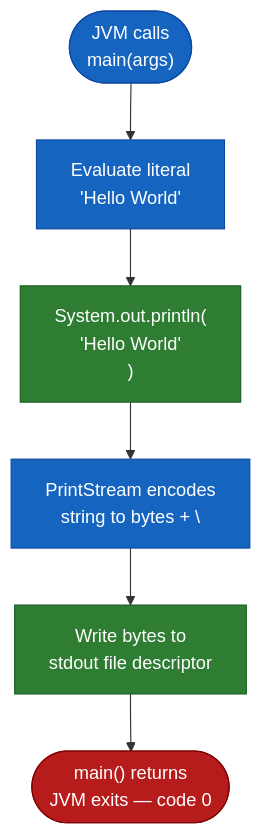
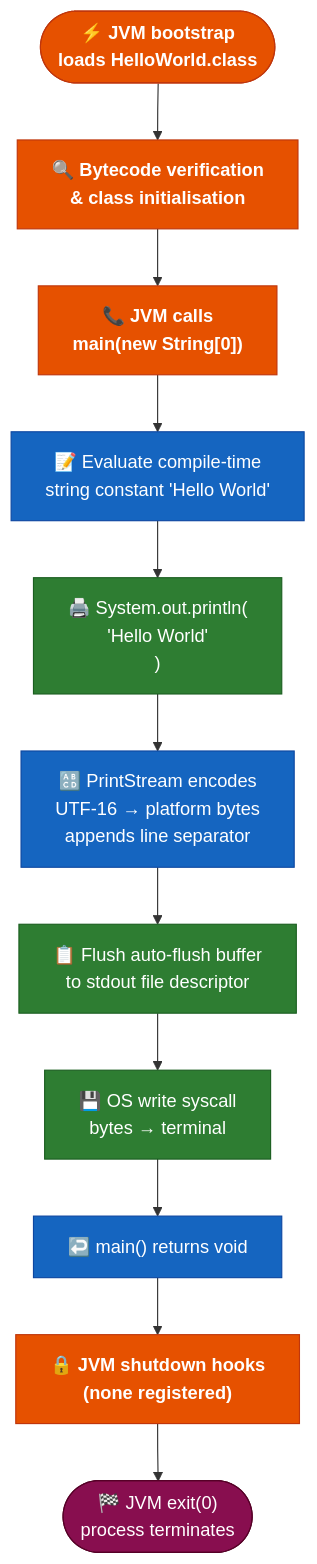
Before and after one commit to ktruchcz/copilot-test-ktruchcz: the seventh of 21 diagrams in arc42-documentation.md, drawn with Mermaid. The commit also changed other lines of this file, not shown here.

First line of the commit message:
Generate comprehensive arc42 architecture documentation

````diff
--- a/arc42-documentation.md
+++ b/arc42-documentation.md
@@ -254,15 +372,23 @@
 ```mermaid
 flowchart TD
+    classDef jvm fill:#E65100,stroke:#BF360C,color:#fff,font-weight:bold
     classDef step fill:#1565C0,stroke:#0D47A1,color:#fff
     classDef io fill:#2E7D32,stroke:#1B5E20,color:#fff
-    classDef end_ fill:#B71C1C,stroke:#7F0000,color:#fff
+    classDef term fill:#880E4F,stroke:#560027,color:#fff
 
-    A(["JVM calls\nmain(args)"]):::step
-    B["Evaluate literal\n'Hello World'"]:::step
-    C["System.out.println(\n  'Hello World'\n)"]:::io
-    D["PrintStream encodes\nstring to bytes + \\n"]:::step
-    E["Write bytes to\nstdout file descriptor"]:::io
-    F(["main() returns\nJVM exits — code 0"]):::end_
+    START(["⚡ JVM bootstrap\nloads HelloWorld.class"]):::jvm
+    VERIFY["🔍 Bytecode verification\n& class initialisation"]:::jvm
+    MAIN["📞 JVM calls\nmain(new String[0])"]:::jvm
+    LITERAL["📝 Evaluate compile-time\nstring constant 'Hello World'"]:::step
+    PRINTLN["🖨️ System.out.println(\n  'Hello World'\n)"]:::io
+    ENCODE["🔠 PrintStream encodes\nUTF-16 → platform bytes\nappends line separator"]:::step
+    BUFFER["📋 Flush auto-flush buffer\nto stdout file descriptor"]:::io
+    WRITE["💾 OS write syscall\nbytes → terminal"]:::io
+    RETURN["↩️ main() returns void"]:::step
+    SHUTDOWN["🔒 JVM shutdown hooks\n(none registered)"]:::jvm
+    EXIT(["🏁 JVM exit(0)\nprocess terminates"]):::term
 
-    A --> B --> C --> D --> E --> F
+    START --> VERIFY --> MAIN --> LITERAL --> PRINTLN
+    PRINTLN --> ENCODE --> BUFFER --> WRITE
+    WRITE --> RETURN --> SHUTDOWN --> EXIT
 ```
````
